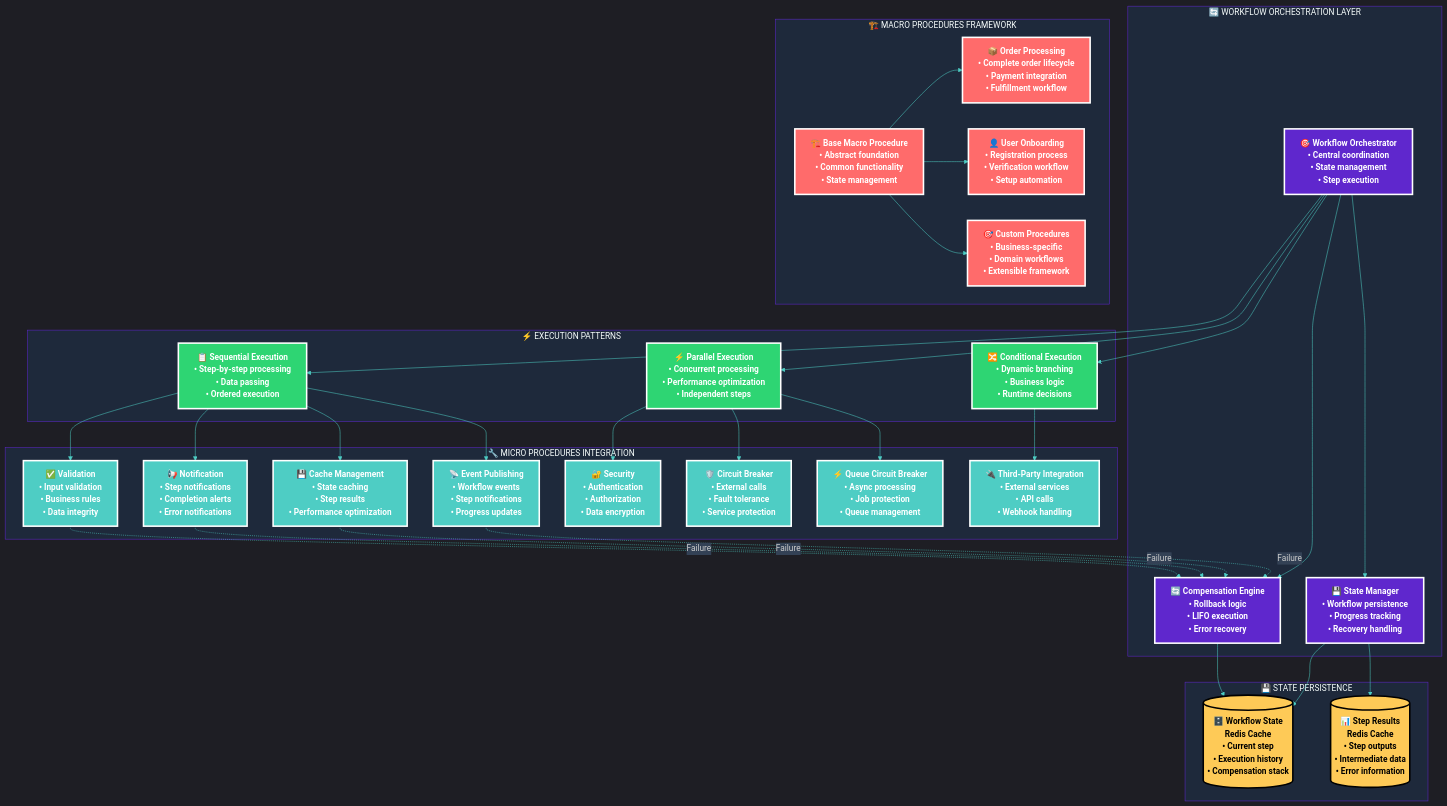
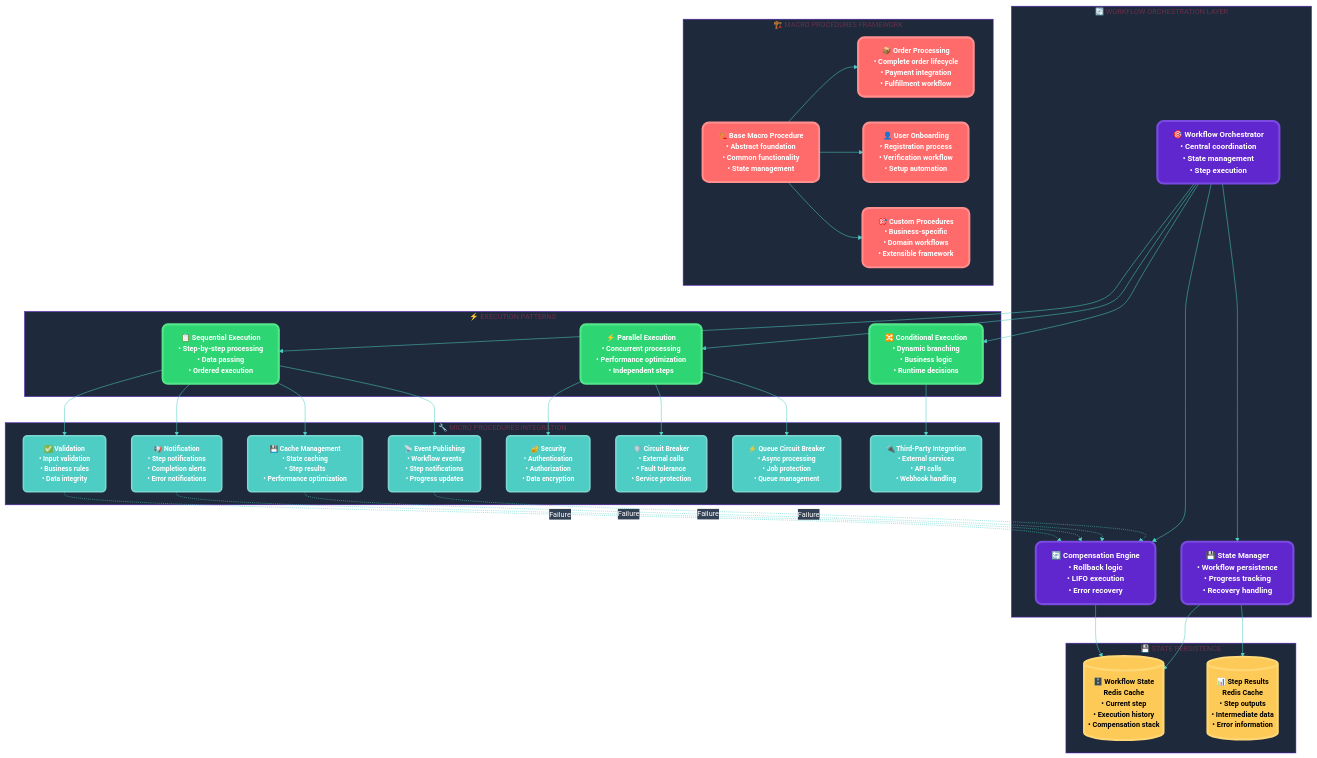
One commit to abdoElHodaky/larvrevrstender changed the first of 10 diagrams in diagrams/workflow-orchestration.md. Above: the diagram before and after it, drawn with Mermaid. The commit also changed other lines of this file and 3 other files, not shown here.

First line of the commit message:
feat: Enhance diagram styling with eye-catching dark theme design

````diff
--- a/diagrams/workflow-orchestration.md
+++ b/diagrams/workflow-orchestration.md
@@ -9,7 +9,8 @@
 ```mermaid
 %%{init: {
-  'theme': 'dark',
+  'theme': 'base',
   'themeVariables': {
+    'darkMode': true,
     'primaryColor': '#5F27CD',
     'primaryTextColor': '#FFFFFF',
     'primaryBorderColor': '#7B4AE0',
@@ -24,7 +25,10 @@
     'clusterBorder': '#5F27CD',
     'edgeLabelBackground': '#334155',
     'nodeTextColor': '#FFFFFF',
-    'edgeColor': '#4ECDC4'
+    'edgeColor': '#4ECDC4',
+    'fontFamily': 'Inter, Segoe UI, Roboto, sans-serif',
+    'fontSize': '14px',
+    'fontWeight': 'bold'
   }
 }}%%
 
@@ -97,12 +101,12 @@
     NOTIFY_MP -.->|Failure| COMP_ENGINE
     VALID_MP -.->|Failure| COMP_ENGINE
 
-    %% Distinguished Eye-Catching Styling
-    classDef orchestrationStyle fill:#5F27CD,stroke:#FFFFFF,stroke-width:3px,color:#FFFFFF,font-weight:bold
-    classDef executionStyle fill:#2ED573,stroke:#FFFFFF,stroke-width:3px,color:#FFFFFF,font-weight:bold
-    classDef macroStyle fill:#FF6B6B,stroke:#FFFFFF,stroke-width:3px,color:#FFFFFF,font-weight:bold
-    classDef microStyle fill:#4ECDC4,stroke:#FFFFFF,stroke-width:3px,color:#FFFFFF,font-weight:bold
-    classDef stateStyle fill:#FECA57,stroke:#000000,stroke-width:3px,color:#000000,font-weight:bold
+    %% 🎨 Distinguished Eye-Catching Styling with Enhanced Visual Effects
+    classDef orchestrationStyle fill:#5F27CD,stroke:#7B4AE0,stroke-width:4px,color:#FFFFFF,font-weight:bold,font-size:15px,rx:12,ry:12
+    classDef executionStyle fill:#2ED573,stroke:#54E68A,stroke-width:4px,color:#FFFFFF,font-weight:bold,font-size:14px,rx:10,ry:10
+    classDef macroStyle fill:#FF6B6B,stroke:#FF8E8E,stroke-width:4px,color:#FFFFFF,font-weight:bold,font-size:14px,rx:12,ry:12
+    classDef microStyle fill:#4ECDC4,stroke:#7ED6D1,stroke-width:3px,color:#FFFFFF,font-weight:bold,font-size:13px,rx:8,ry:8
+    classDef stateStyle fill:#FECA57,stroke:#FED876,stroke-width:4px,color:#000000,font-weight:bold,font-size:14px,rx:10,ry:10
 
     class WF_ENGINE,STATE_MGR,COMP_ENGINE orchestrationStyle
     class SEQ,PAR,COND executionStyle
````
